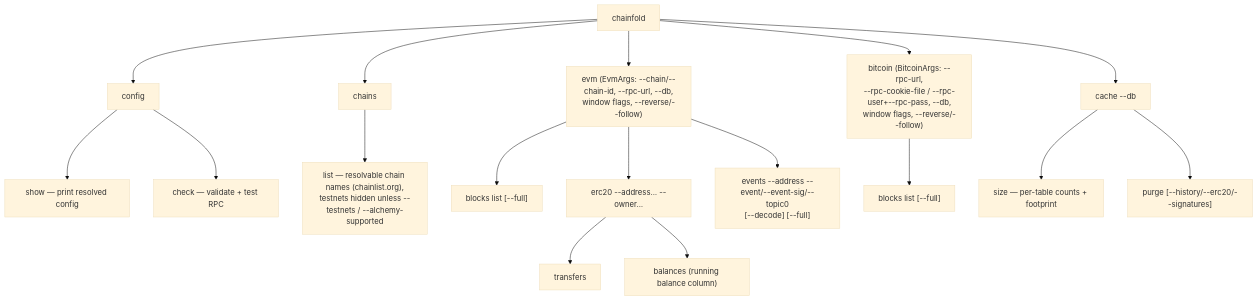
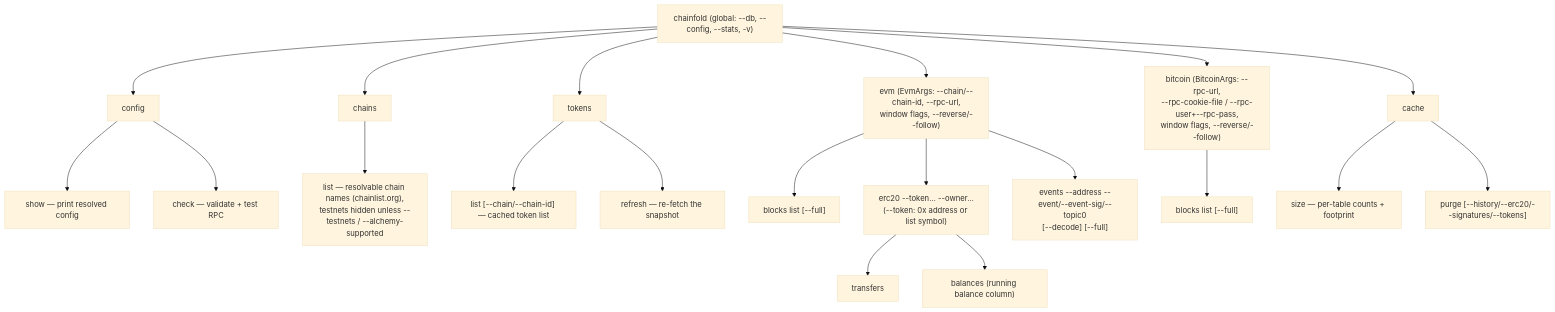
Before and after one commit to nikicat/chainfold: diagram 12 of 12 in docs/ARCHITECTURE.md, drawn with Mermaid (base theme). The commit also changed other lines of this file and 14 other files, not shown here.

First line of the commit message:
feat(evm): resolve erc20 tokens by symbol via a cached token list

````diff
--- a/docs/ARCHITECTURE.md
+++ b/docs/ARCHITECTURE.md
@@ -1373,20 +1388,23 @@
 ```mermaid
 flowchart TB
-    root["chainfold"]
+    root["chainfold (global: --db, --config, --stats, -v)"]
     root --> config["config"]
     root --> chains["chains"]
-    root --> evm["evm (EvmArgs: --chain/--chain-id, --rpc-url, --db,<br/>window flags, --reverse/--follow)"]
-    root --> bitcoin["bitcoin (BitcoinArgs: --rpc-url,<br/>--rpc-cookie-file / --rpc-user+--rpc-pass, --db,<br/>window flags, --reverse/--follow)"]
-    root --> cachecmd["cache --db"]
+    root --> tokenscmd["tokens"]
+    root --> evm["evm (EvmArgs: --chain/--chain-id, --rpc-url,<br/>window flags, --reverse/--follow)"]
+    root --> bitcoin["bitcoin (BitcoinArgs: --rpc-url,<br/>--rpc-cookie-file / --rpc-user+--rpc-pass,<br/>window flags, --reverse/--follow)"]
+    root --> cachecmd["cache"]
     config --> cshow["show — print resolved config"]
     config --> ccheck["check — validate + test RPC"]
     chains --> clist["list — resolvable chain names (chainlist.org),<br/>testnets hidden unless --testnets / --alchemy-supported"]
+    tokenscmd --> tlist["list [--chain/--chain-id] — cached token list"]
+    tokenscmd --> trefresh["refresh — re-fetch the snapshot"]
     evm --> eblocks["blocks list [--full]"]
-    evm --> erc20["erc20 --address… --owner…"]
+    evm --> erc20["erc20 --token… --owner…<br/>(--token: 0x address or list symbol)"]
     evm --> events["events --address --event/--event-sig/--topic0<br/>[--decode] [--full]"]
     bitcoin --> bblocks["blocks list [--full]"]
     cachecmd --> csize["size — per-table counts + footprint"]
-    cachecmd --> cpurge["purge [--history/--erc20/--signatures]"]
+    cachecmd --> cpurge["purge [--history/--erc20/--signatures/--tokens]"]
     erc20 --> transfers["transfers"]
     erc20 --> balances["balances (running balance column)"]
 ```
````
